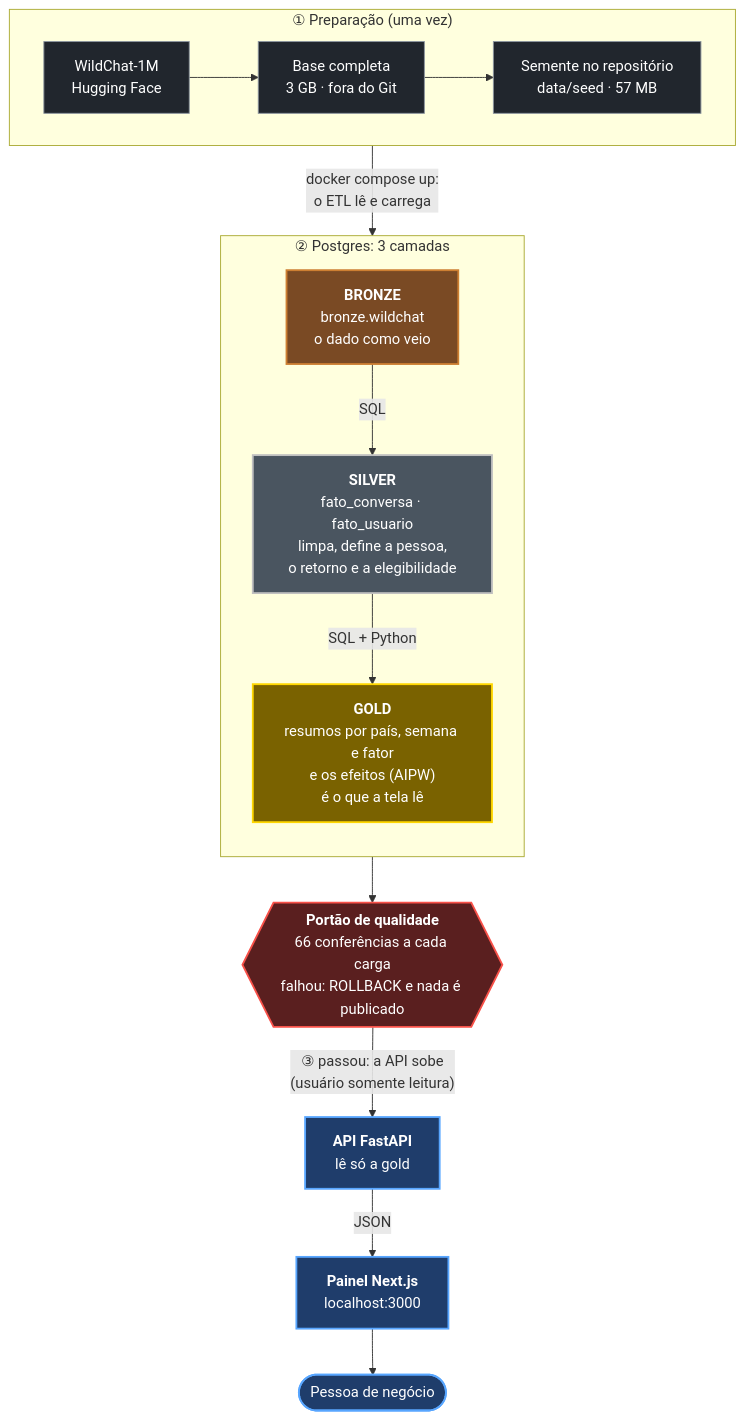
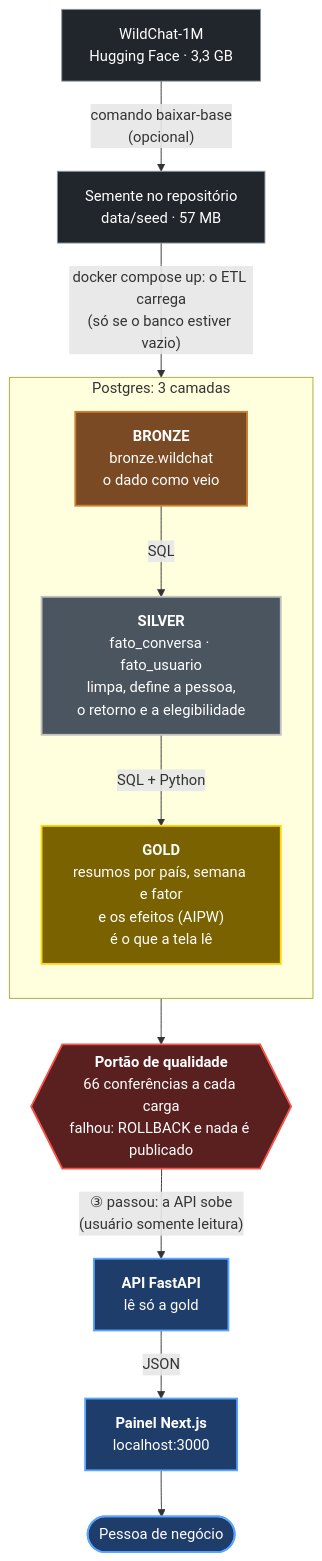
The diagram in README.md (alphaonix/Acaso), drawn with Mermaid before and after one commit. The commit also changed other lines of this file and 16 other files, not shown here.

Commit message:
Banco guarda os dados (ETL so roda com banco vazio, semente nova ou --recarregar); comando baixar-base reproduz a semente a partir do Hugging Face; diagrama simplificado

````diff
--- a/README.md
+++ b/README.md
@@ -82,35 +87,31 @@
 ```mermaid
 flowchart TB
-  subgraph PREP["① Preparação (uma vez)"]
-    direction LR
-    HF["WildChat-1M<br/>Hugging Face"] --> RAW["Base completa<br/>3 GB · fora do Git"] --> SEED["Semente no repositório<br/>data/seed · 57 MB"]
-  end
+  HF["WildChat-1M<br/>Hugging Face · 3,3 GB"] -->|"comando baixar-base<br/>(opcional)"| SEED["Semente no repositório<br/>data/seed · 57 MB"]
 
-  PREP -->|"docker compose up:<br/>o ETL lê e carrega"| BR
+  SEED -->|"docker compose up: o ETL carrega<br/>(só se o banco estiver vazio)"| BR
 
-  subgraph PG["② Postgres: 3 camadas"]
+  subgraph PG["Postgres: 3 camadas"]
     direction TB
     BR["<b>BRONZE</b><br/>bronze.wildchat<br/>o dado como veio"]
     SI["<b>SILVER</b><br/>fato_conversa · fato_usuario<br/>limpa, define a pessoa,<br/>o retorno e a elegibilidade"]
     GO["<b>GOLD</b><br/>resumos por país, semana e fator<br/>e os efeitos (AIPW)<br/>é o que a tela lê"]
     BR -->|SQL| SI -->|"SQL + Python"| GO
   end
-
   GO --> PORTAO{{"<b>Portão de qualidade</b><br/>66 conferências a cada carga<br/>falhou: ROLLBACK e nada é publicado"}}
   PORTAO -->|"③ passou: a API sobe<br/>(usuário somente leitura)"| API["<b>API FastAPI</b><br/>lê só a gold"]
   API -->|JSON| WEB["<b>Painel Next.js</b><br/>localhost:3000"]
   WEB --> PESSOA(["Pessoa de negócio"])
 
   classDef bronze fill:#7a4a24,stroke:#cd7f32,color:#fff,stroke-width:2px;
   classDef silver fill:#4a5560,stroke:#c0c0c0,color:#fff,stroke-width:2px;
   classDef gold fill:#7a6200,stroke:#ffd700,color:#fff,stroke-width:2px;
   classDef app fill:#1f3d6b,stroke:#58a6ff,color:#fff,stroke-width:2px;
   classDef gate fill:#5a1f1f,stroke:#f85149,color:#fff,stroke-width:2px;
   classDef prep fill:#21262d,stroke:#8b949e,color:#fff;
   class BR bronze
   class SI silver
   class GO gold
   class API,WEB,PESSOA app
   class PORTAO gate
-  class HF,RAW,SEED prep
+  class HF,SEED prep
 ```
````
